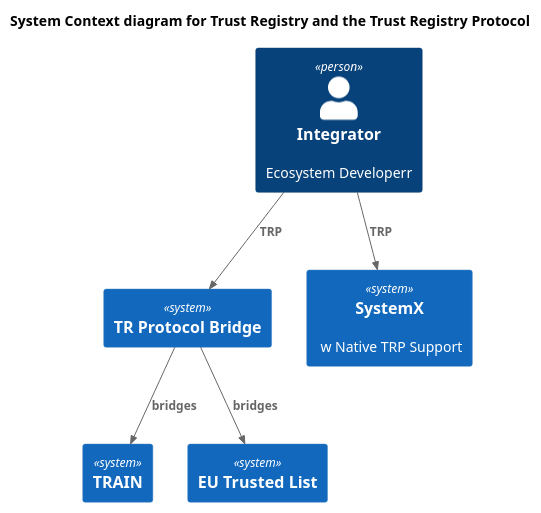
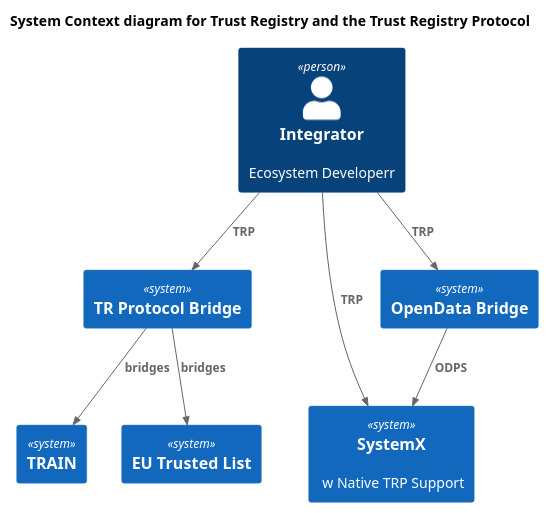
Before and after one commit to trustoverip/tswg-trust-registry-tf: the diagram in v2/logical/protocol-bridging.plantuml, drawn with PlantUML.

Commit message:
added OPDS concept

```diff
--- a/v2/logical/protocol-bridging.plantuml
+++ b/v2/logical/protocol-bridging.plantuml
@@ -1,24 +1,30 @@
 @startuml
 !include https://raw.githubusercontent.com/plantuml-stdlib/C4-PlantUML/master/C4_Context.puml
 ' uncomment the following line and comment the first to use locally
 ' !include C4_Context.puml
 
 
 title System Context diagram for Trust Registry and the Trust Registry Protocol
 
 Person(Integrator, "Integrator", "Ecosystem Developerr")
 
 System(Bridge, "TR Protocol Bridge")
 System(TRAIN, "TRAIN")
 System(EUTrustedList, "EU Trusted List")
 System(NativeSupport, "SystemX"," w Native TRP Support")
 
+System(OpenDataBridge, "OpenData Bridge")
+
+
 Rel(Integrator, Bridge, "TRP")
 Rel(Bridge, TRAIN,"bridges")
 Rel(Bridge, EUTrustedList, "bridges")
+
+Rel(Integrator, OpenDataBridge,"TRP")
+Rel(OpenDataBridge,NativeSupport,"ODPS")
 
 Rel(Integrator, NativeSupport,"TRP")
 
 
 
 @enduml 
```
